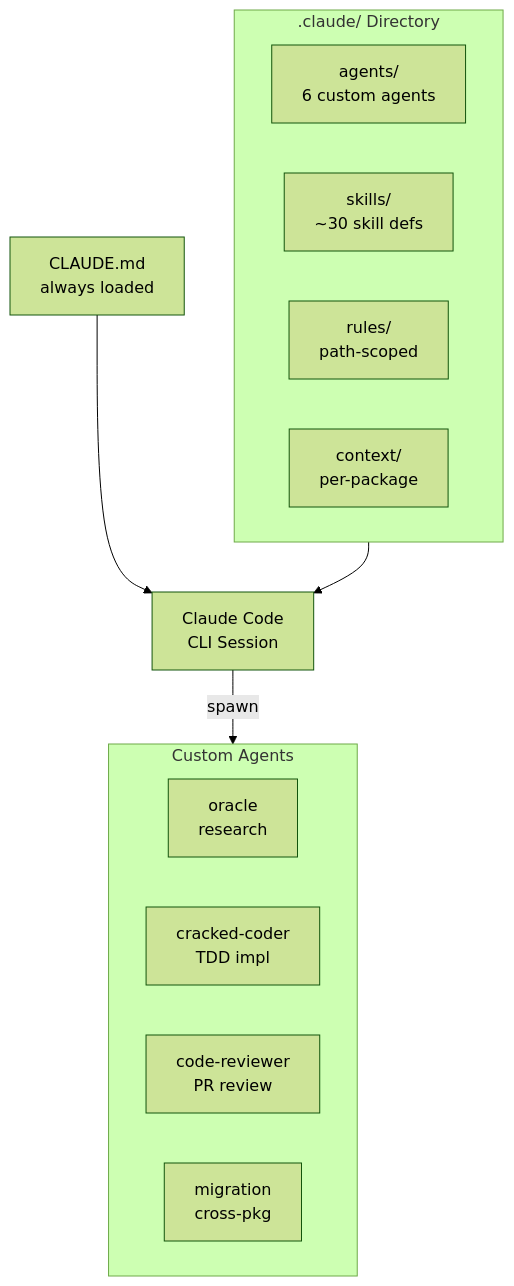
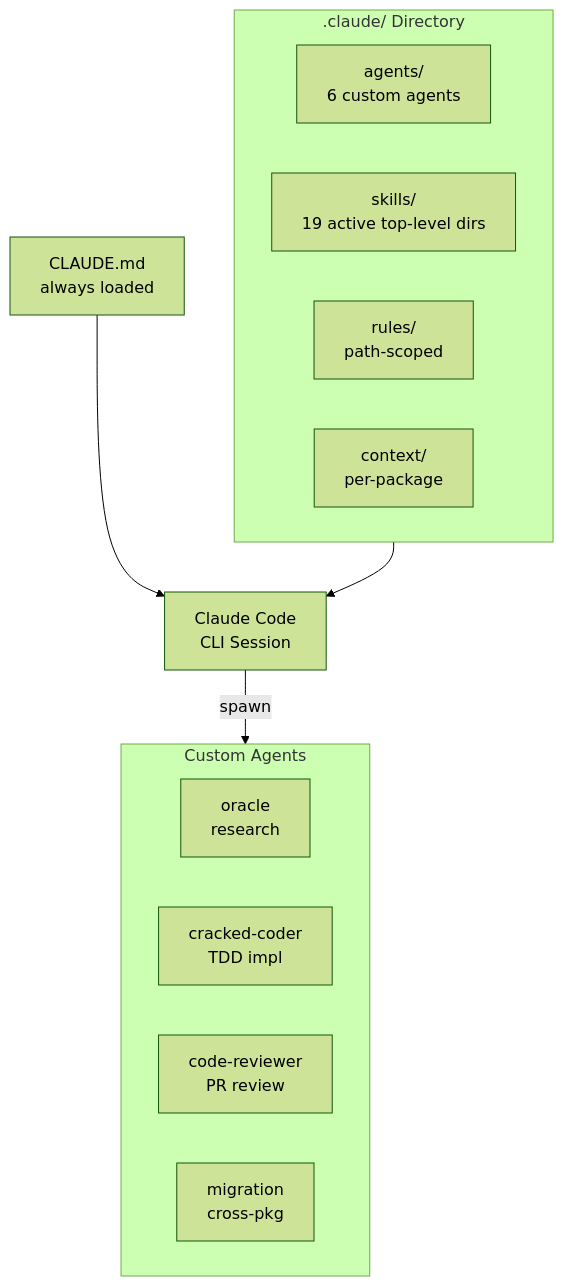
Before and after one commit to greenpill-dev-guild/green-goods: the diagram in docs/docs/builders/agentic/claude-code.mdx, drawn with Mermaid (forest theme). The commit also changed other lines of this file and 4 other files, not shown here.

````diff
--- a/docs/docs/builders/agentic/claude-code.mdx
+++ b/docs/docs/builders/agentic/claude-code.mdx
@@ -15,21 +15,21 @@
 ```mermaid
 graph TB
     subgraph Config[".claude/ Directory"]
         Agents["agents/\n6 custom agents"]
-        Skills["skills/\n~30 skill defs"]
+        Skills["skills/\n19 active top-level dirs"]
         Rules["rules/\npath-scoped"]
         Context["context/\nper-package"]
     end
 
     CLAUDE["CLAUDE.md\nalways loaded"] --> Session["Claude Code\nCLI Session"]
     Config --> Session
 
     subgraph AgentTypes["Custom Agents"]
         Oracle["oracle\nresearch"]
         Cracked["cracked-coder\nTDD impl"]
         Reviewer["code-reviewer\nPR review"]
         Migrate["migration\ncross-pkg"]
     end
 
     Session -->|spawn| AgentTypes
 ```
````
